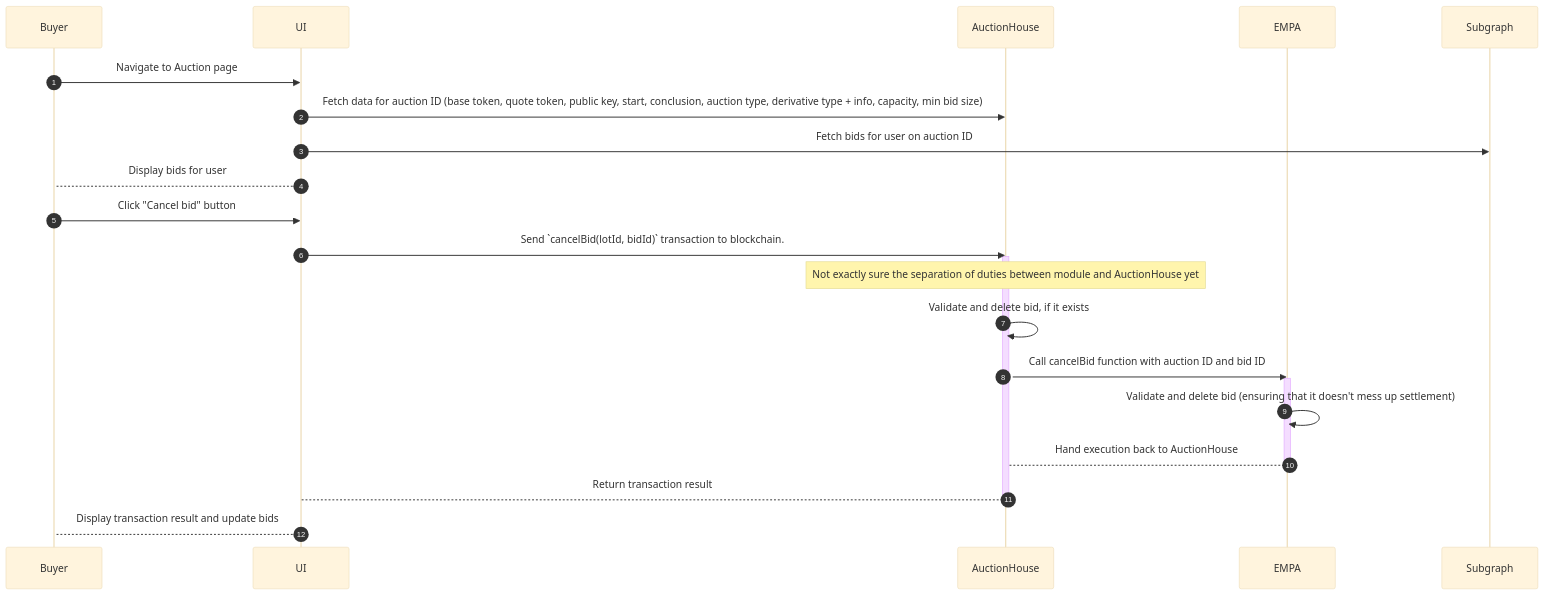
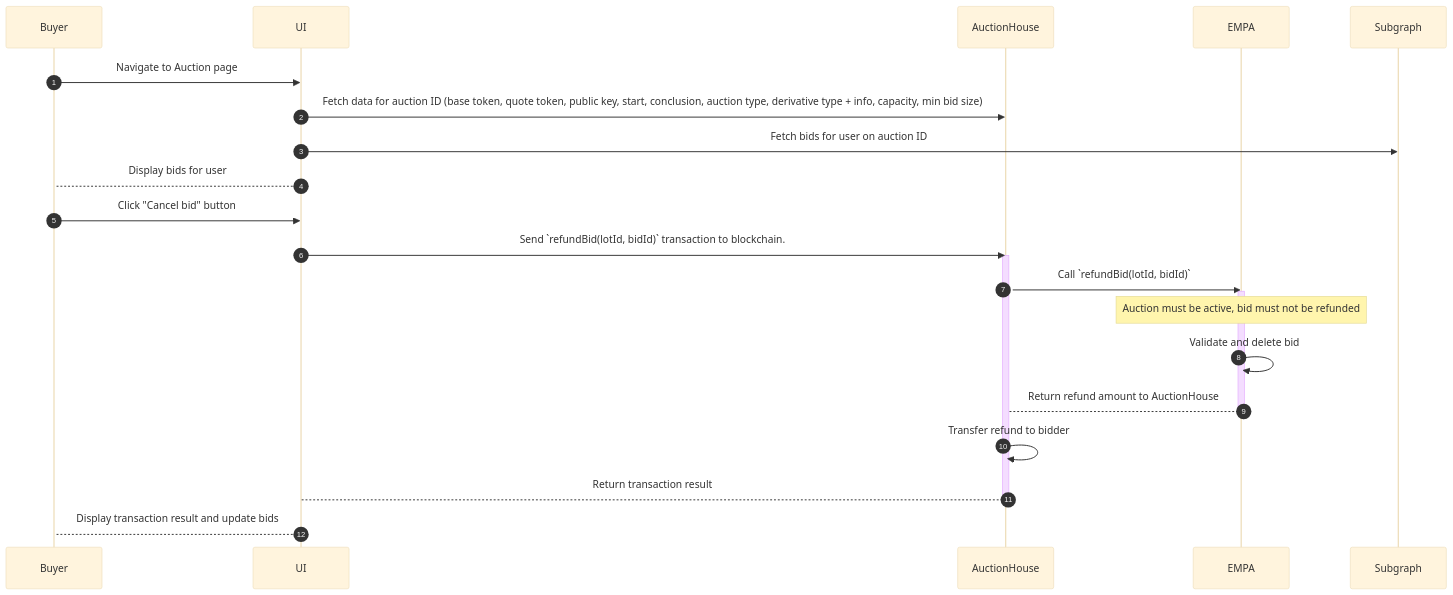
One commit to Axis-Fi/axis-core changed the third of 6 diagrams in design/EMPA.md. Above: the diagram before and after it, drawn with Mermaid (base theme). The commit also changed other lines of this file and 1 other file, not shown here.

Commit message:
Better documentation of state/validation for refundBid and cancelAuction

````diff
--- a/design/EMPA.md
+++ b/design/EMPA.md
@@ -167,27 +167,27 @@
 ```mermaid
 sequenceDiagram
   autoNumber
   participant Buyer
   participant UI
   participant AuctionHouse
   participant EMPA
   participant Subgraph
 
   Buyer->>UI: Navigate to Auction page
   UI->>AuctionHouse: Fetch data for auction ID (base token, quote token, public key, start, conclusion, auction type, derivative type + info, capacity, min bid size)
   UI->>Subgraph: Fetch bids for user on auction ID
   UI-->Buyer: Display bids for user
   Buyer->>UI: Click "Cancel bid" button
-  UI->>AuctionHouse: Send `cancelBid(lotId, bidId)` transaction to blockchain.
+  UI->>AuctionHouse: Send `refundBid(lotId, bidId)` transaction to blockchain.
   activate AuctionHouse
-    Note over AuctionHouse: Not exactly sure the separation of duties between module and AuctionHouse yet
-    AuctionHouse->>AuctionHouse: Validate and delete bid, if it exists
-    AuctionHouse->>EMPA: Call cancelBid function with auction ID and bid ID
+    AuctionHouse->>EMPA: Call `refundBid(lotId, bidId)`
     activate EMPA
-        EMPA->>EMPA: Validate and delete bid (ensuring that it doesn't mess up settlement)
-        EMPA-->AuctionHouse: Hand execution back to AuctionHouse
+        Note over EMPA: Auction must be active, bid must not be refunded
+        EMPA->>EMPA: Validate and delete bid
+        EMPA-->AuctionHouse: Return refund amount to AuctionHouse
     deactivate EMPA
+    AuctionHouse->>AuctionHouse: Transfer refund to bidder
     AuctionHouse-->UI: Return transaction result
   deactivate AuctionHouse
   UI-->Buyer: Display transaction result and update bids
 ```
````
